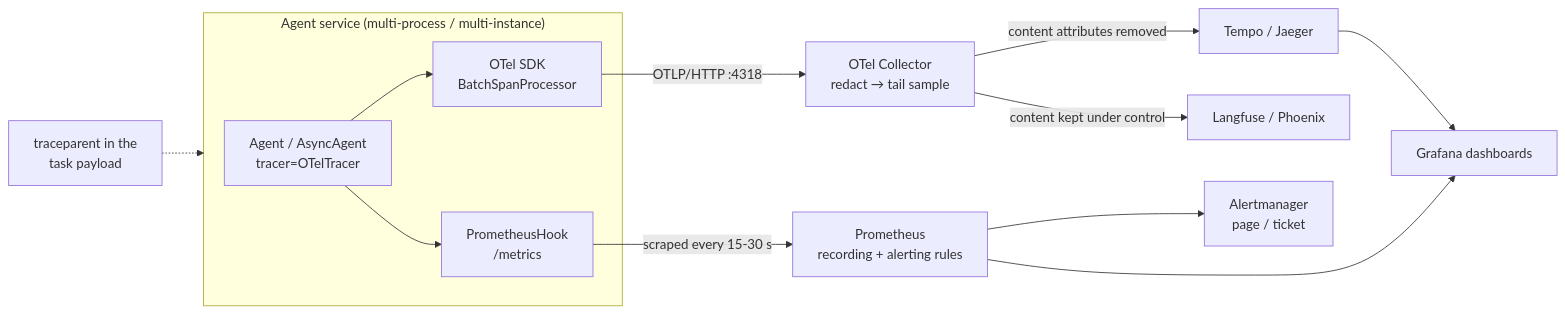
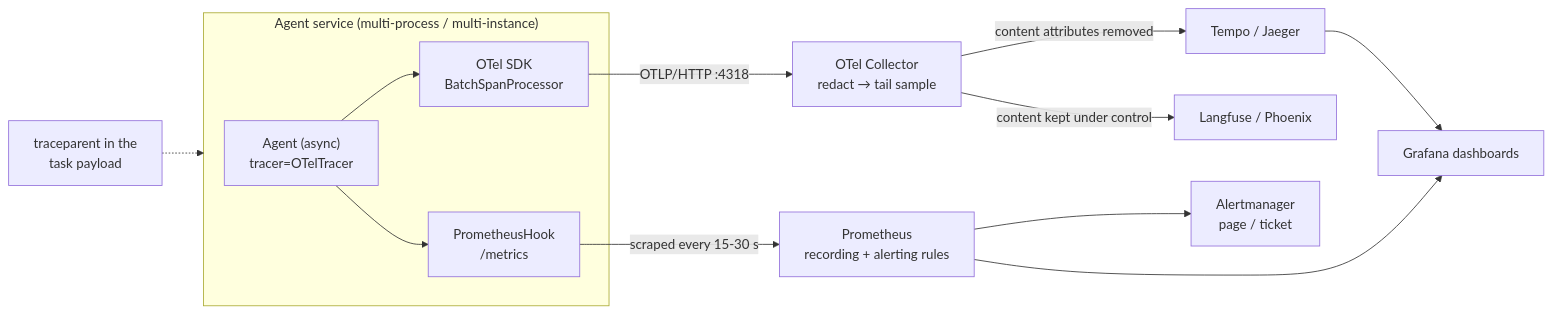
Before and after one commit to heaven999b/hello-agent-system: the first of 4 diagrams in lessons/28_production_observability/README.en.md, drawn with Mermaid. The commit also changed other lines of this file and 21 other files, not shown here.

````diff
--- a/lessons/28_production_observability/README.en.md
+++ b/lessons/28_production_observability/README.en.md
@@ -42,15 +42,15 @@
 ```mermaid
 flowchart LR
     subgraph SVC["Agent service (multi-process / multi-instance)"]
-        A["Agent / AsyncAgent<br/>tracer=OTelTracer"] --> B["OTel SDK<br/>BatchSpanProcessor"]
+        A["Agent (async)<br/>tracer=OTelTracer"] --> B["OTel SDK<br/>BatchSpanProcessor"]
         A --> M["PrometheusHook<br/>/metrics"]
     end
     Q["traceparent in the<br/>task payload"] -.-> SVC
     B -- "OTLP/HTTP :4318" --> C["OTel Collector<br/>redact → tail sample"]
     C -- "content attributes removed" --> T["Tempo / Jaeger"]
     C -- "content kept under control" --> L["Langfuse / Phoenix"]
     M -- "scraped every 15-30 s" --> P["Prometheus<br/>recording + alerting rules"]
     P --> AM["Alertmanager<br/>page / ticket"]
     P --> G["Grafana dashboards"]
     T --> G
 ```
````
